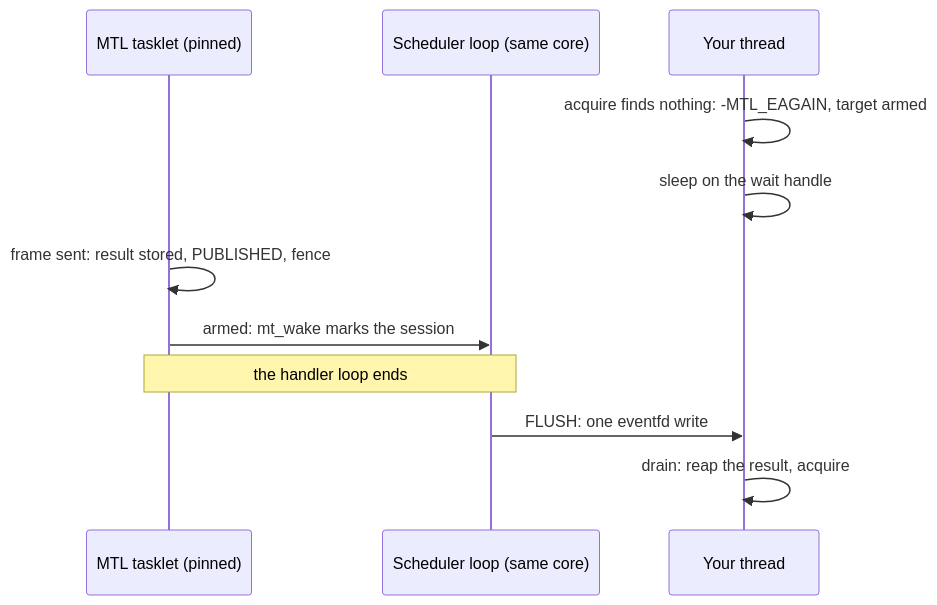
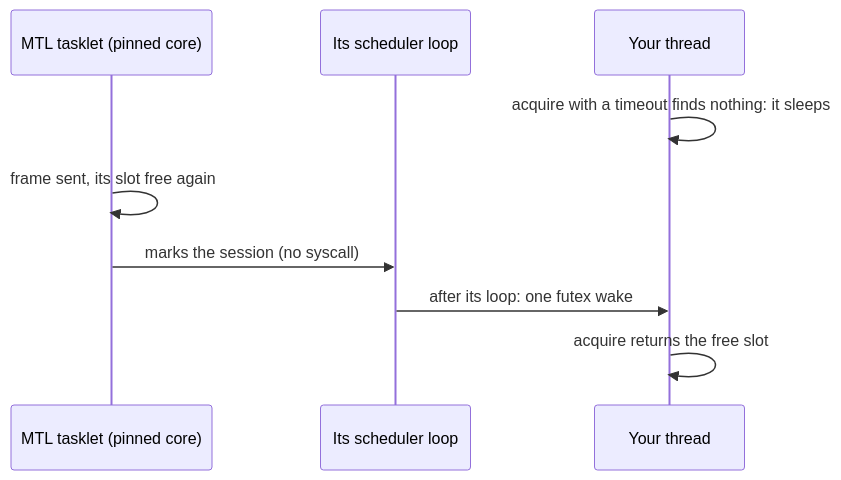
One commit to Sakoram/Media-Transport-Library changed the second of 8 diagrams in doc/unified-api/concepts.md. Above: the diagram before and after it, drawn with Mermaid. The commit also changed other lines of this file and 52 other files, not shown here.

````diff
--- a/doc/unified-api/concepts.md
+++ b/doc/unified-api/concepts.md
@@ -202,13 +226,11 @@
 ```mermaid
 sequenceDiagram
-    participant T as MTL tasklet (pinned)
-    participant L as Scheduler loop (same core)
+    participant T as MTL tasklet (pinned core)
+    participant L as Its scheduler loop
     participant A as Your thread
-    A->>A: acquire finds nothing: -MTL_EAGAIN, target armed
-    A->>A: sleep on the wait handle
-    T->>T: frame sent: result stored, PUBLISHED, fence
-    T->>L: armed: mt_wake marks the session
-    Note over T,L: the handler loop ends
-    L->>A: FLUSH: one eventfd write
-    A->>A: drain: reap the result, acquire
+    A->>A: acquire with a timeout finds nothing: it sleeps
+    T->>T: frame sent, its slot free again
+    T->>L: marks the session (no syscall)
+    L->>A: after its loop: one futex wake
+    A->>A: acquire returns the free slot
 ```
````
